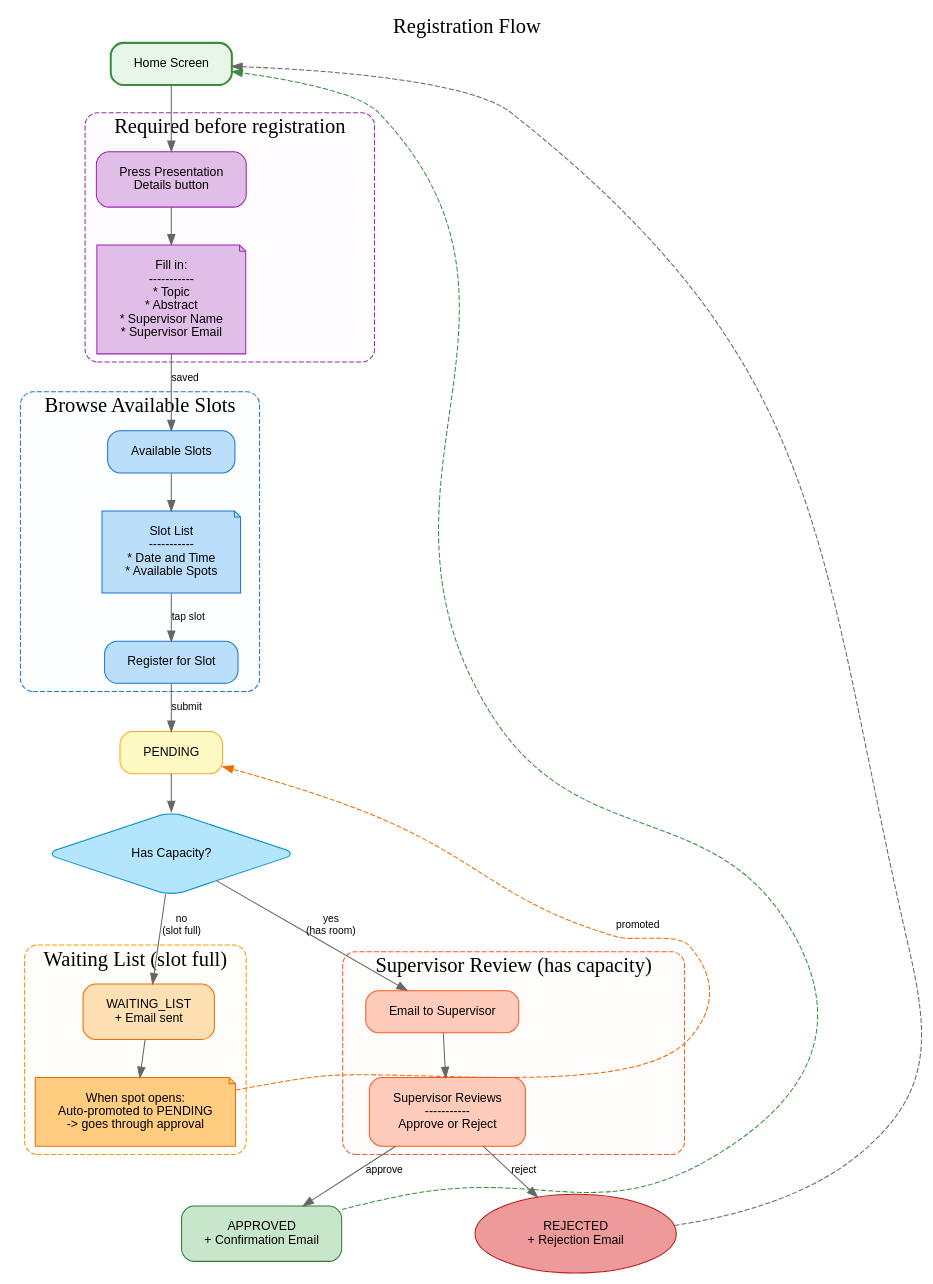
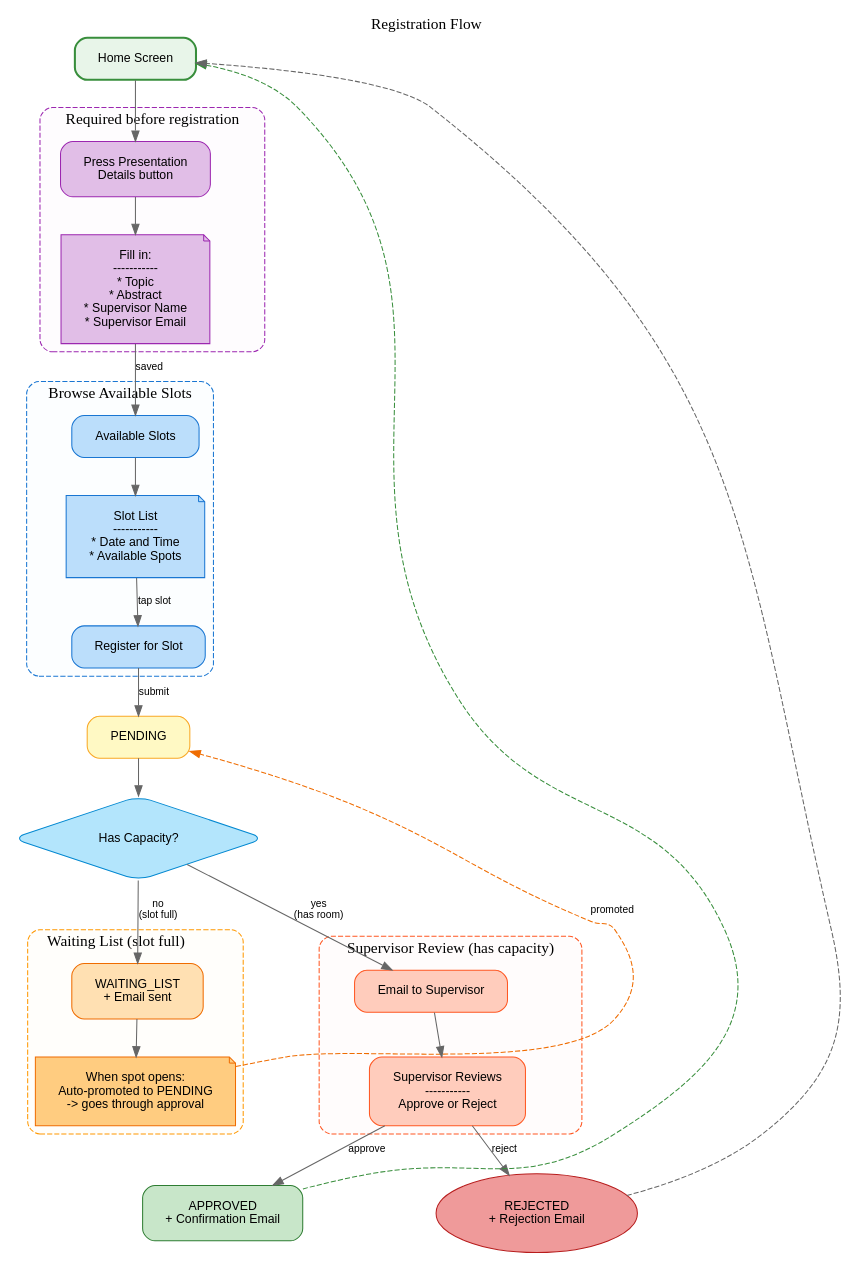
Before and after one commit to benariet/SemScan-Project: the diagram in diagrams/01-registration-flow.dot, drawn with Graphviz. The commit also changed 1 other file, not shown here.

```diff
--- a/diagrams/01-registration-flow.dot
+++ b/diagrams/01-registration-flow.dot
@@ -1,114 +1,114 @@
 digraph RegistrationFlow {
     label="Registration Flow";
     labelloc="t";
-    fontsize=20;
+    fontsize=15;
     fontname="Arial Bold";
 
     rankdir=TB;
     splines=true;
     nodesep=1.8;
 
     node [
         shape=box,
         style="rounded,filled",
         fontname="Arial",
         fontsize=12,
         margin="0.3,0.2"
     ];
 
     edge [
         fontname="Arial",
         fontsize=10,
         color="#666666"
     ];
 
     // Start
     Home [label="Home Screen", fillcolor="#e8f5e9", color="#388e3c", penwidth=2];
 
     // Presentation Details - Required before registration
     subgraph cluster_details {
         label="Required before registration";
         labeljust="l";
         style="rounded,dashed";
         color="#9c27b0";
         bgcolor="#f3e5f522";
 
         PresDetails [label="Press Presentation\nDetails button", fillcolor="#e1bee7", color="#9c27b0"];
         DetailsForm [label="Fill in:\n-----------\n* Topic\n* Abstract\n* Supervisor Name\n* Supervisor Email", fillcolor="#e1bee7", color="#9c27b0", shape=note];
     }
 
     // Browse Slots
     subgraph cluster_browse {
         label="Browse Available Slots";
         labeljust="l";
         style="rounded,dashed";
         color="#1976d2";
         bgcolor="#e3f2fd22";
 
         AvailableSlots [label="Available Slots", fillcolor="#bbdefb", color="#1976d2"];
         SlotList [label="Slot List\n-----------\n* Date and Time\n* Available Spots", fillcolor="#bbdefb", color="#1976d2", shape=note];
         RegisterBtn [label="Register for Slot", fillcolor="#bbdefb", color="#1976d2"];
     }
 
     // Registration
     Pending [label="PENDING", fillcolor="#fff9c4", color="#f9a825"];
 
     // Capacity Check
     CapacityCheck [label="Has Capacity?", fillcolor="#b3e5fc", color="#0288d1", shape=diamond];
 
     // Waiting List Path
     subgraph cluster_waitlist {
         label="Waiting List (slot full)";
         labeljust="l";
         style="rounded,dashed";
         color="#ff9800";
         bgcolor="#fff3e022";
 
         Waitlist [label="WAITING_LIST\n+ Email sent", fillcolor="#ffe0b2", color="#ef6c00"];
         WaitlistNote [label="When spot opens:\nAuto-promoted to PENDING\n-> goes through approval", fillcolor="#ffcc80", color="#ef6c00", shape=note];
     }
 
     // Supervisor Review
     subgraph cluster_supervisor {
         label="Supervisor Review (has capacity)";
         labeljust="l";
         style="rounded,dashed";
         color="#ff5722";
         bgcolor="#fbe9e722";
 
         SupervisorEmail [label="Email to Supervisor", fillcolor="#ffccbc", color="#ff5722"];
         SupervisorDecision [label="Supervisor Reviews\n-----------\nApprove or Reject", fillcolor="#ffccbc", color="#ff5722"];
     }
 
     // Outcomes
     Approved [label="APPROVED\n+ Confirmation Email", fillcolor="#c8e6c9", color="#2e7d32"];
     Rejected [label="REJECTED\n+ Rejection Email", fillcolor="#ef9a9a", color="#b71c1c", shape=ellipse];
 
     // Connections - Presentation Details
     Home -> PresDetails;
     PresDetails -> DetailsForm;
     DetailsForm -> AvailableSlots [label="saved"];
 
     // Connections - Browse
     AvailableSlots -> SlotList;
     SlotList -> RegisterBtn [label="tap slot"];
     RegisterBtn -> Pending [label="submit"];
 
     // Connections - Capacity Check
     Pending -> CapacityCheck;
     CapacityCheck -> Waitlist [label="no\n(slot full)"];
     CapacityCheck -> SupervisorEmail [label="yes\n(has room)"];
 
     // Connections - Waitlist
     Waitlist -> WaitlistNote;
     WaitlistNote -> Pending [label="promoted", style=dashed, color="#ef6c00", constraint=false];
 
     // Connections - Supervisor
     SupervisorEmail -> SupervisorDecision;
     SupervisorDecision -> Approved [label="approve"];
     SupervisorDecision -> Rejected [label="reject"];
 
     // Return paths
     Rejected -> Home [style=dashed, color="#666666", constraint=false];
     Approved -> Home [style=dashed, color="#388e3c", constraint=false];
 }
```
